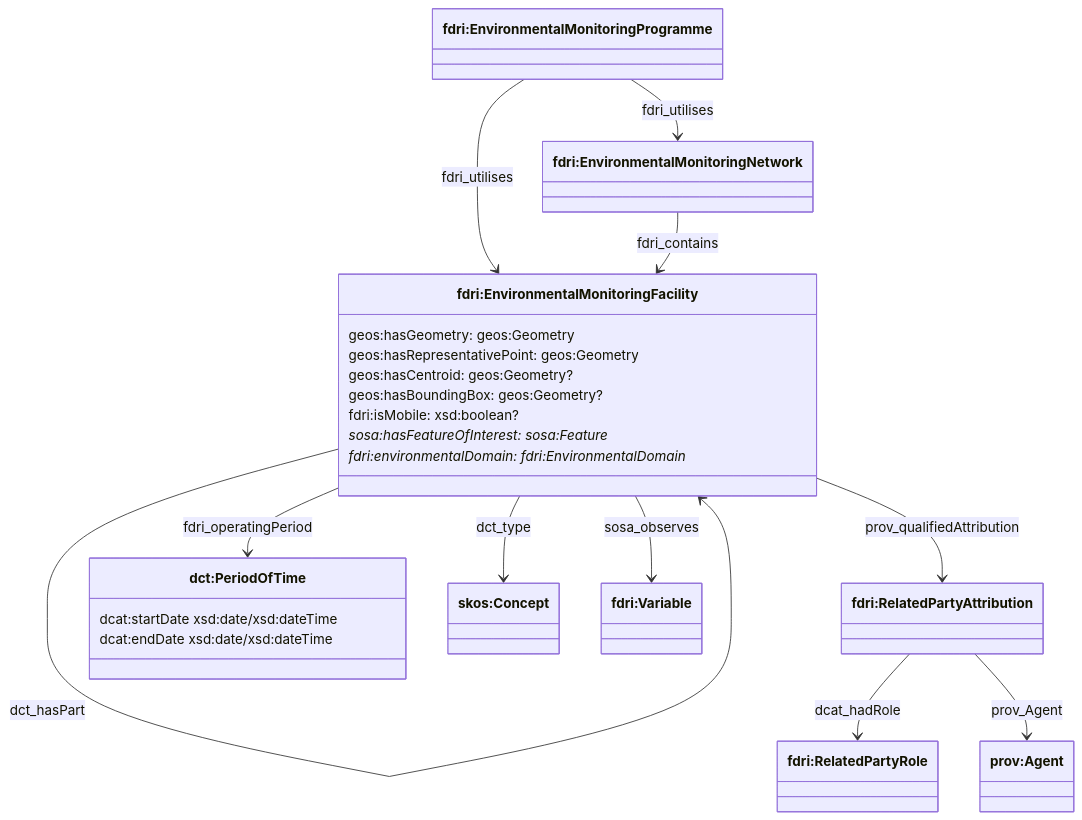
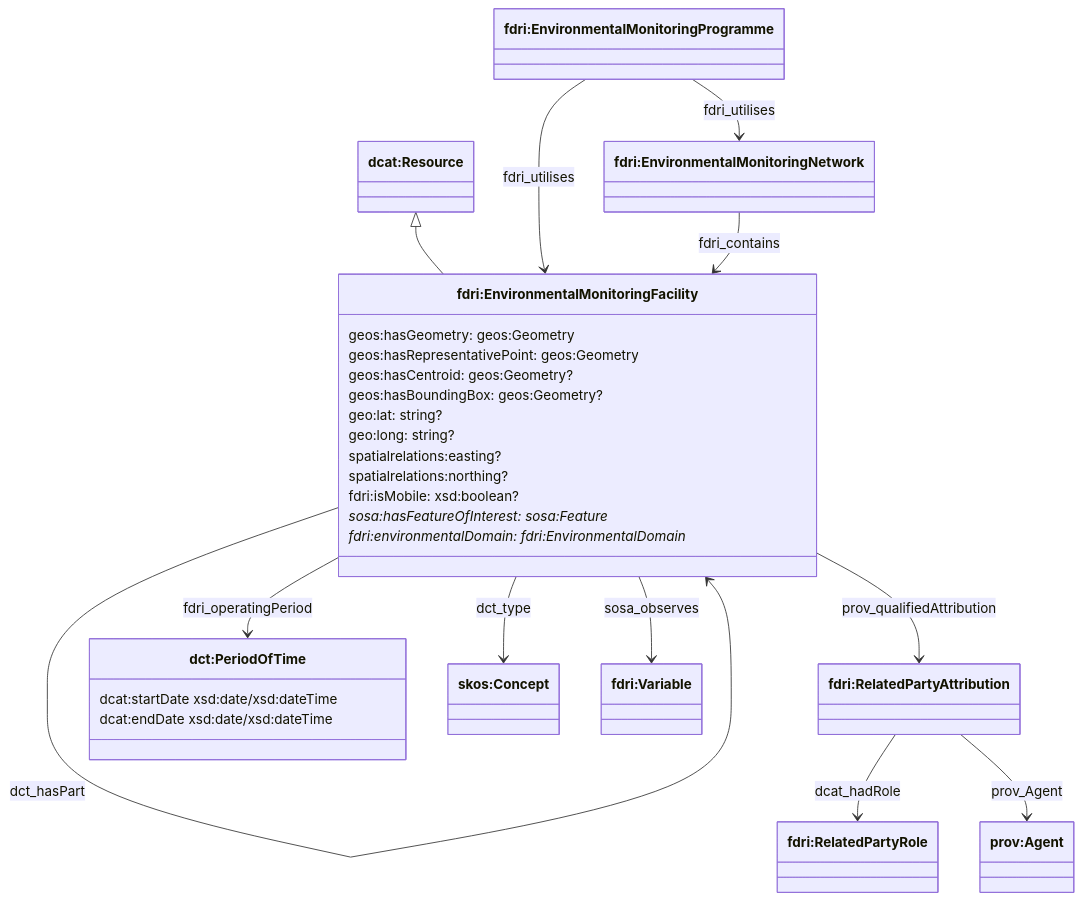
Before and after one commit to NERC-CEH/fdri-ontology: the first of 5 diagrams in ontology/doc/emf.md, drawn with Mermaid. The commit also changed other lines of this file and 5 other files, not shown here.

````diff
--- a/ontology/doc/emf.md
+++ b/ontology/doc/emf.md
@@ -25,34 +30,40 @@
 ```mermaid
 classDiagram
+class Resource["dcat:Resource"]
 class Programme["fdri:EnvironmentalMonitoringProgramme"]
 class Network["fdri:EnvironmentalMonitoringNetwork"]
 class Facility["fdri:EnvironmentalMonitoringFacility"]{
     geos:hasGeometry: geos:Geometry
     geos:hasRepresentativePoint: geos:Geometry
     geos:hasCentroid: geos:Geometry?
     geos:hasBoundingBox: geos:Geometry?
+    geo:lat: string?
+    geo:long: string?
+    spatialrelations:easting?
+    spatialrelations:northing?
     fdri:isMobile: xsd:boolean?
     sosa:hasFeatureOfInterest: sosa:Feature*
     fdri:environmentalDomain: fdri:EnvironmentalDomain*
   }
 class RelatedParty["fdri:RelatedPartyAttribution"]
 class Agent["prov:Agent"]
 class AgentRole["fdri:RelatedPartyRole"]
   class PeriodOfTime["dct:PeriodOfTime"] {
     dcat:startDate xsd:date/xsd:dateTime
     dcat:endDate xsd:date/xsd:dateTime
   }
 class Concept["skos:Concept"]
 class Variable["fdri:Variable"]
 
+Resource <|-- Facility
 Programme --> Network: fdri_utilises
 Programme --> Facility: fdri_utilises
 Network --> Facility: fdri_contains
 Facility --> Facility: dct_hasPart
 Facility --> RelatedParty: prov_qualifiedAttribution
 RelatedParty --> AgentRole: dcat_hadRole
 RelatedParty --> Agent: prov_Agent
 Facility --> PeriodOfTime: fdri_operatingPeriod
 Facility --> Concept: dct_type
 Facility --> Variable: sosa_observes
 ```
````
